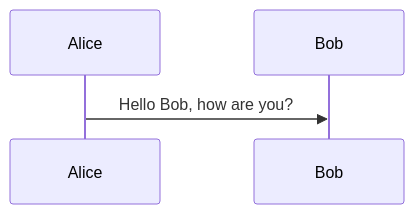
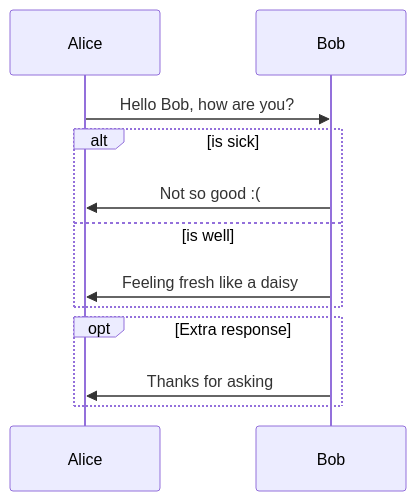
The diagram in doc.md (EvgenyDos/ansible-cloudformations-lab), drawn with Mermaid before and after one commit.

````diff
--- a/doc.md
+++ b/doc.md
@@ -1,5 +1,13 @@
 ```mermaid
-sequenceDiagram
-  Alice->>Bob: Hello Bob, how are you?
-
+%% Example of sequence diagram
+  sequenceDiagram
+    Alice->>Bob: Hello Bob, how are you?
+    alt is sick
+    Bob->>Alice: Not so good :(
+    else is well
+    Bob->>Alice: Feeling fresh like a daisy
+    end
+    opt Extra response
+    Bob->>Alice: Thanks for asking
+    end
 ```
````
